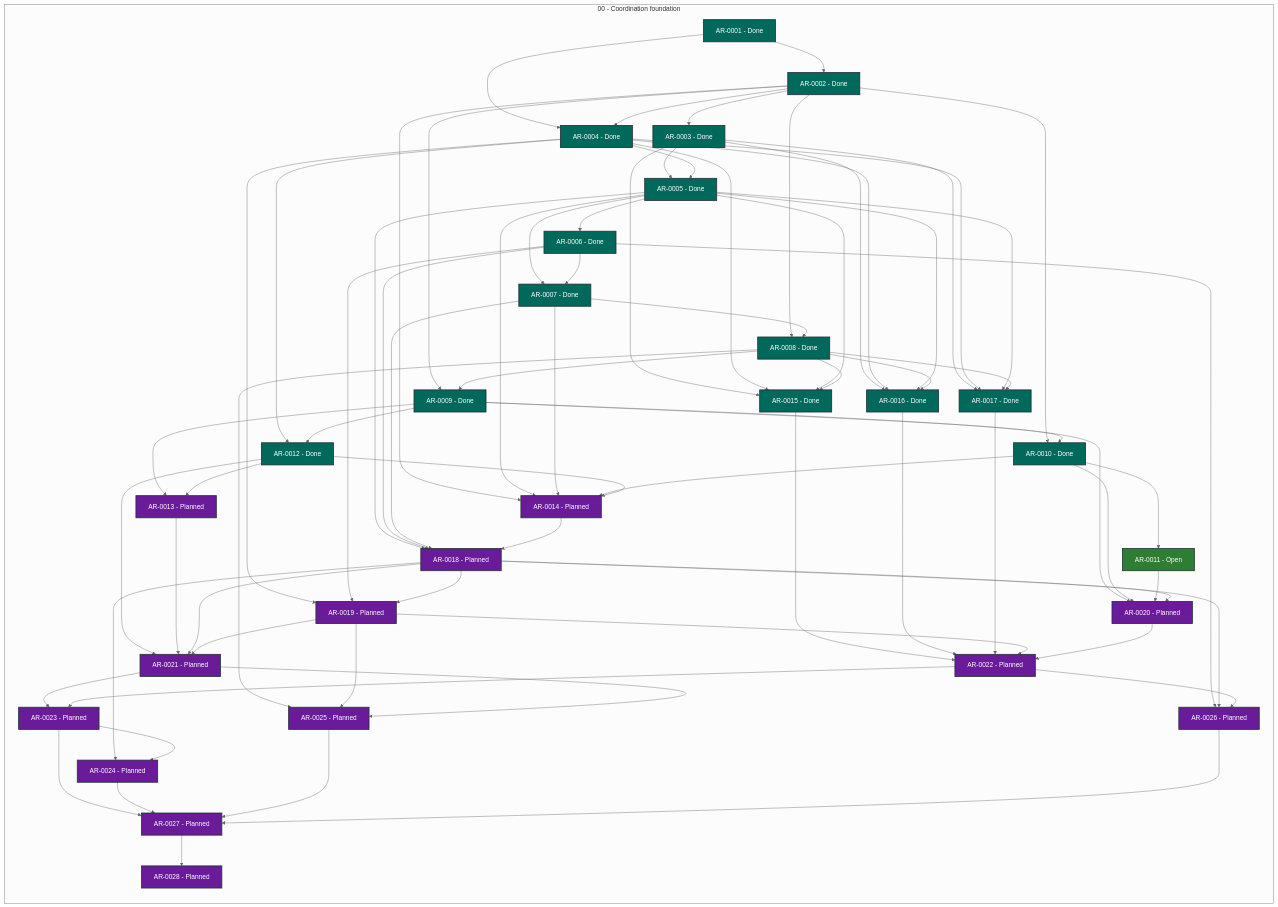
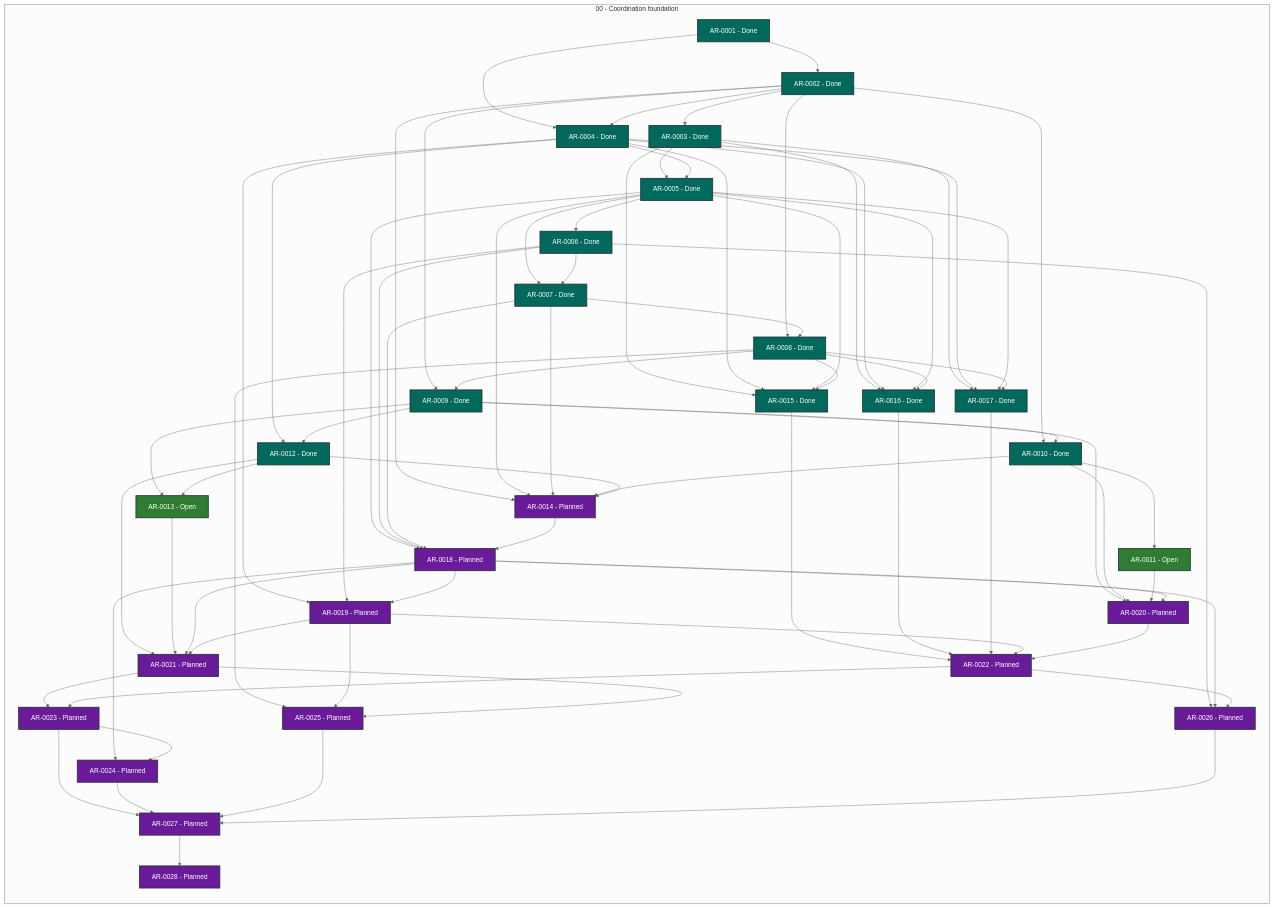
The diagram in STATUS.md (martin-beck/agent-workflow-runtime-state), drawn with Mermaid (neutral theme) before and after one commit. The commit also changed other lines of this file and 2 other files, not shown here.

```diff
--- a/STATUS.md
+++ b/STATUS.md
@@ -40,7 +40,7 @@
         AR_0010["AR-0010 - Done"]:::status_done
         AR_0011["AR-0011 - Open"]:::status_open
         AR_0012["AR-0012 - Done"]:::status_done
-        AR_0013["AR-0013 - Planned"]:::status_planned
+        AR_0013["AR-0013 - Open"]:::status_open
         AR_0014["AR-0014 - Planned"]:::status_planned
         AR_0015["AR-0015 - Done"]:::status_done
         AR_0016["AR-0016 - Done"]:::status_done
```
